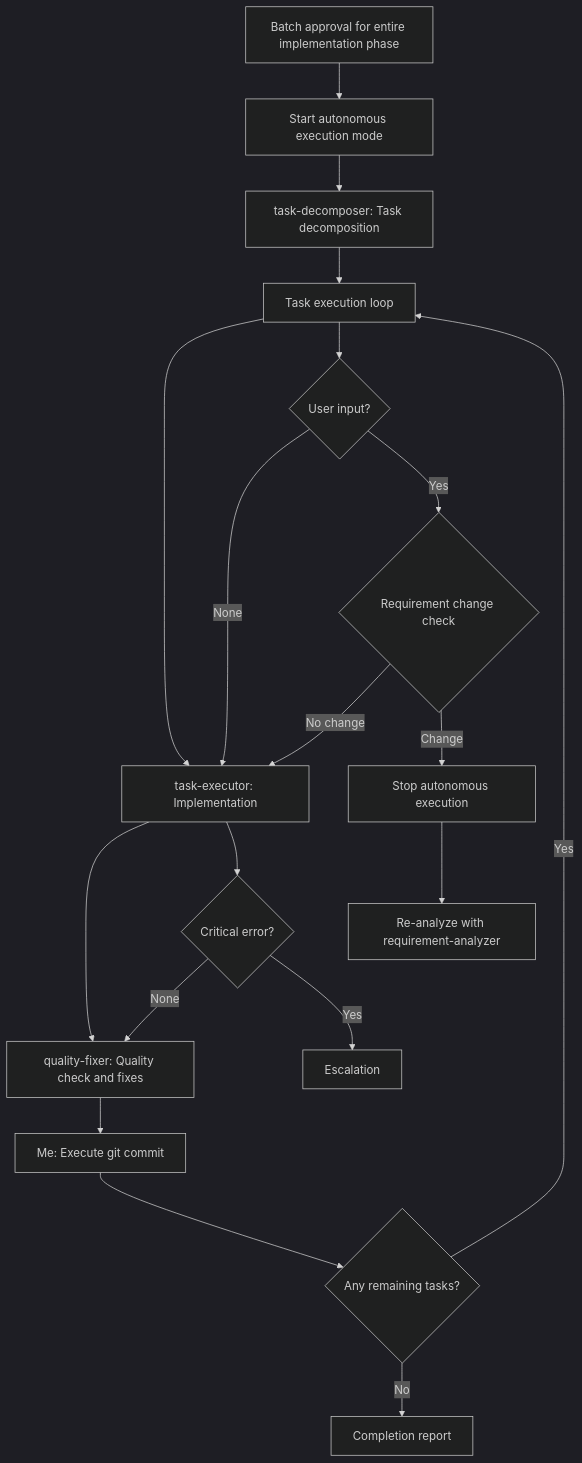
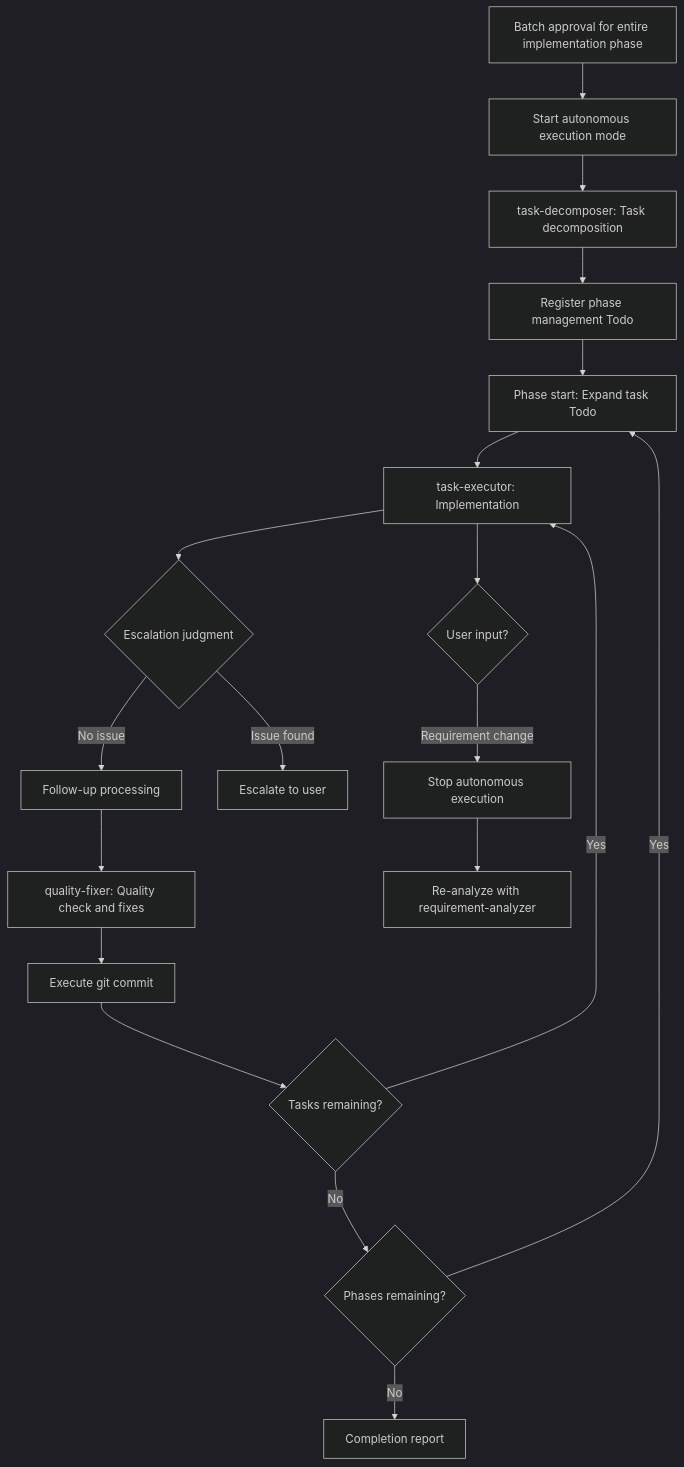
Before and after one commit to shinpr/ai-coding-project-boilerplate: the second of 2 diagrams in docs/guides/en/sub-agents.md, drawn with Mermaid (dark theme). The commit also changed other lines of this file and 22 other files, not shown here.

````diff
--- a/docs/guides/en/sub-agents.md
+++ b/docs/guides/en/sub-agents.md
@@ -215,23 +197,22 @@
 ```mermaid
 graph TD
     START[Batch approval for entire implementation phase] --> AUTO[Start autonomous execution mode]
     AUTO --> TD[task-decomposer: Task decomposition]
-    TD --> LOOP[Task execution loop]
-    LOOP --> TE[task-executor: Implementation]
-    TE --> QF[quality-fixer: Quality check and fixes]
-    QF --> COMMIT[Me: Execute git commit]
-    COMMIT --> CHECK{Any remaining tasks?}
-    CHECK -->|Yes| LOOP
-    CHECK -->|No| REPORT[Completion report]
-    
-    LOOP --> INTERRUPT{User input?}
-    INTERRUPT -->|None| TE
-    INTERRUPT -->|Yes| REQCHECK{Requirement change check}
-    REQCHECK -->|No change| TE
-    REQCHECK -->|Change| STOP[Stop autonomous execution]
-    STOP --> RA[Re-analyze with requirement-analyzer]
-    
-    TE --> ERROR{Critical error?}
-    ERROR -->|None| QF
-    ERROR -->|Yes| ESC[Escalation]
+    TD --> PHASE[Register phase management Todo]
+    PHASE --> PSTART[Phase start: Expand task Todo]
+    PSTART --> TE[task-executor: Implementation]
+    TE --> ESC{Escalation judgment}
+    ESC -->|No issue| FOLLOW[Follow-up processing]
+    ESC -->|Issue found| STOP[Escalate to user]
+    FOLLOW --> QF[quality-fixer: Quality check and fixes]
+    QF --> COMMIT[Execute git commit]
+    COMMIT --> TCHECK{Tasks remaining?}
+    TCHECK -->|Yes| TE
+    TCHECK -->|No| PCHECK{Phases remaining?}
+    PCHECK -->|Yes| PSTART
+    PCHECK -->|No| REPORT[Completion report]
+
+    TE --> INTERRUPT{User input?}
+    INTERRUPT -->|Requirement change| STOP2[Stop autonomous execution]
+    STOP2 --> RA[Re-analyze with requirement-analyzer]
 ```
````
